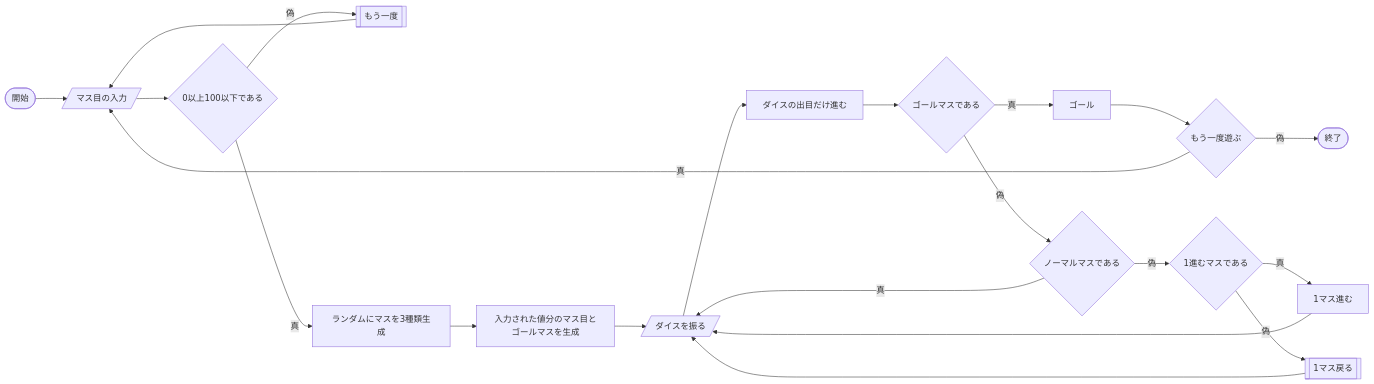
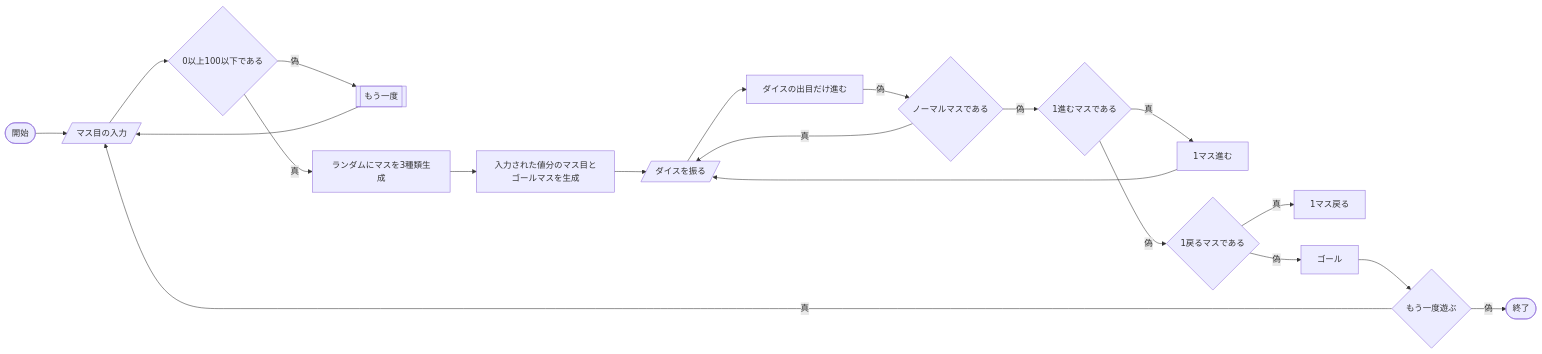
The diagram in README.md (tpu-game-2022/mermaid_test), drawn with Mermaid before and after one commit.

````diff
--- a/README.md
+++ b/README.md
@@ -21,24 +21,23 @@
 ```mermaid
 flowchart LR;
   A([開始]) --> B[/マス目の入力/];
   B --> C{0以上100以下である}
   C --偽--> D[[もう一度]];
   D --> B;
   C --真--> E[ランダムにマスを3種類生成];
   E --> F[入力された値分のマス目とゴールマスを生成];
   F --> G[/ダイスを振る/];
   G --> P[ダイスの出目だけ進む];
-  P --> H{ゴールマスである}
-  H --真--> L[ゴール];
-  L --> M{もう一度遊ぶ}
-  M --真--> B;
-  M --偽--> N([終了]);
-  H --偽--> I{ノーマルマスである}
+  P --偽--> I{ノーマルマスである}
   I --真--> G;
   I --偽--> J{1進むマスである}
   J --真--> O[1マス進む];
   O --> G;
-  J --偽--> K[[1マス戻る]];
-  K --> G;
+  J --偽--> K{1戻るマスである};
+  K --真--> Q[1マス戻る];
+  K --偽--> H[ゴール];
+  H --> M{もう一度遊ぶ}
+  M --真--> B;
+  M --偽--> N([終了]);
   
 ```
````
